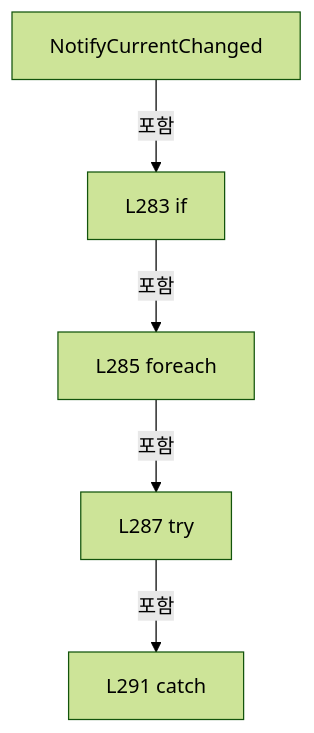
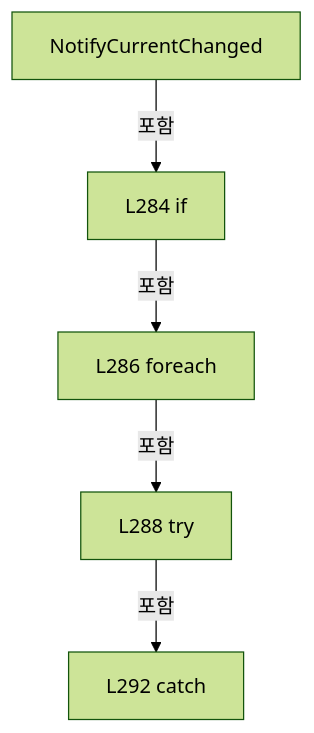
One commit to kjuws10-rgb/Shared changed the tenth of 21 diagrams in A3 LD Code Ref/files/Drilling.Common/Alarm/CAlarmManager.cs.md. Above: the diagram before and after it, drawn with Mermaid (forest theme). The commit also changed other lines of this file and 2071 other files, not shown here.

Commit message:
docs(a3): update 11.19.0 architecture and code reference

````diff
--- a/A3 LD Code Ref/files/Drilling.Common/Alarm/CAlarmManager.cs.md
+++ b/A3 LD Code Ref/files/Drilling.Common/Alarm/CAlarmManager.cs.md
@@ -1759,12 +1759,12 @@
 ```mermaid
 flowchart TD
  M["NotifyCurrentChanged"]
- N0["L283 if"]
+ N0["L284 if"]
  M -->|포함| N0
- N1["L285 foreach"]
+ N1["L286 foreach"]
  N0 -->|포함| N1
- N2["L287 try"]
+ N2["L288 try"]
  N1 -->|포함| N2
- N3["L291 catch"]
+ N3["L292 catch"]
  N2 -->|포함| N3
 ```
````
